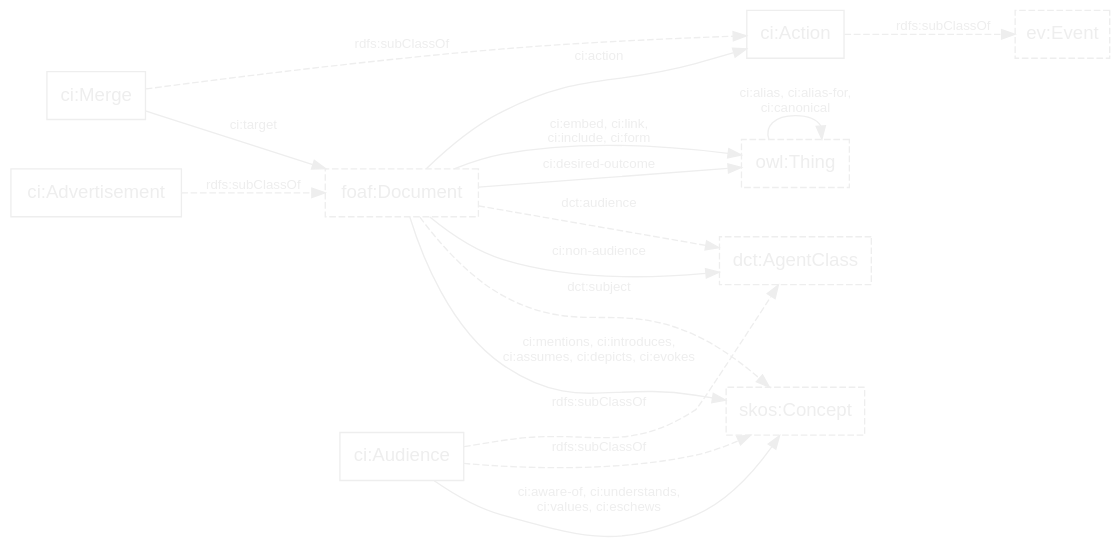
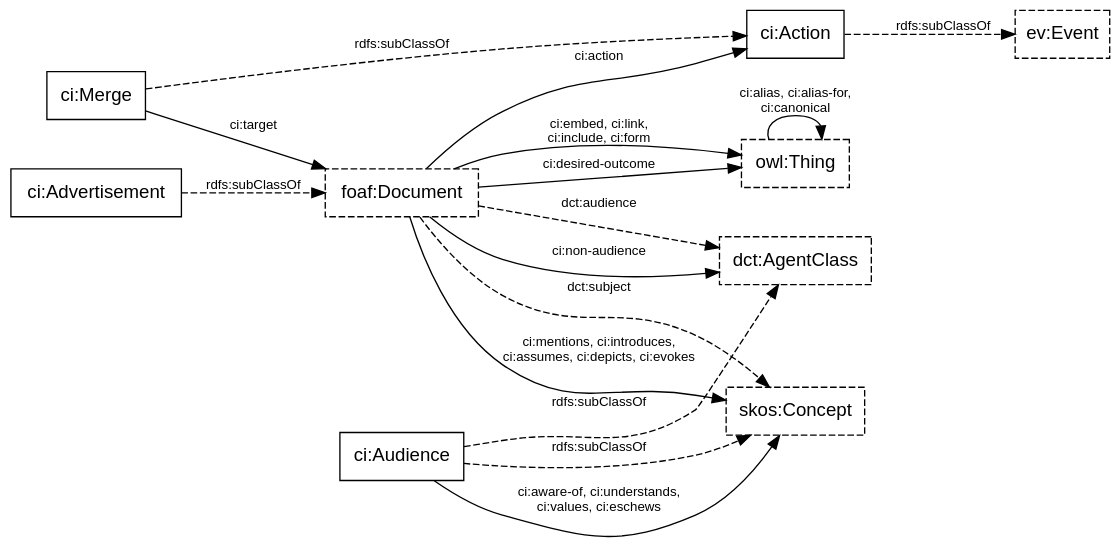
The diagram in content-inventory-classes.dot (doriantaylor/owl-content-inventory), drawn with Graphviz before and after one commit. The commit also changed 1 other file, not shown here.

```diff
--- a/content-inventory-classes.dot
+++ b/content-inventory-classes.dot
@@ -1,40 +1,40 @@
 digraph {
     graph [bgcolor=transparent,rankdir=LR];
-    node [shape=box,color="#eeeeee",fontcolor="#eeeeee",fontname="Lucida Grande, Lucida Sans Unicode, sans-serif",target="_top"];
-    edge [fontsize=10,concentrate=true,color="#eeeeee",fontcolor="#eeeeee",fontname="Lucida Grande, Lucida Sans Unicode, sans-serif"];
+    node [shape=box,color="#000000",fontcolor="#000000",fontname="Lucida Grande, Lucida Sans Unicode, sans-serif",target="_top"];
+    edge [fontsize=10,concentrate=true,color="#000000",fontcolor="#000000",fontname="Lucida Grande, Lucida Sans Unicode, sans-serif"];
     subgraph {
         node [style=dashed];
         owl_Thing [label="owl:Thing",href="https://www.w3.org/TR/2012/REC-owl2-syntax-20121211/#a_Thing"];
         ev_Event [label="ev:Event",href="http://motools.sourceforge.net/event/event.html#term_Event"];
         dct_AgentClass [label="dct:AgentClass",href="http://www.dublincore.org/specifications/dublin-core/dcmi-terms/#terms-AgentClass"];
         skos_Concept [label="skos:Concept",href="https://www.w3.org/TR/skos-reference/#concepts"];
         foaf_Document [label="foaf:Document",href="http://xmlns.com/foaf/spec/#term_Document"];
     }
 
     ci_Action [label="ci:Action",href="https://privatealpha.com/ontology/content-inventory/1#Action"];
     ci_Advertisement [label="ci:Advertisement",href="https://privatealpha.com/ontology/content-inventory/1#Advertisement"];
     ci_Audience [label="ci:Audience",href="https://privatealpha.com/ontology/content-inventory/1#Audience"];
     ci_Merge [label="ci:Merge",href="https://privatealpha.com/ontology/content-inventory/1#Merge"];
     ci_Merge -> foaf_Document [label="ci:target"];
     foaf_Document -> ci_Action [label="ci:action"];
 
     foaf_Document -> skos_Concept [label="ci:mentions, ci:introduces,\nci:assumes, ci:depicts, ci:evokes"];
     ci_Audience -> skos_Concept [label="ci:aware-of, ci:understands,\nci:values, ci:eschews"];
     foaf_Document -> dct_AgentClass [label="ci:non-audience"];
     foaf_Document -> owl_Thing [label="ci:desired-outcome"];
     foaf_Document -> owl_Thing [label="ci:embed, ci:link,\nci:include, ci:form"];
     owl_Thing -> owl_Thing [label="ci:alias, ci:alias-for,\nci:canonical"]
     
     subgraph {
         edge [style=dashed, label="rdfs:subClassOf"];
         ci_Merge -> ci_Action -> ev_Event;
         ci_Audience -> dct_AgentClass;
         ci_Audience -> skos_Concept;
         ci_Advertisement -> foaf_Document;
     }
     subgraph {
         edge [style=dashed];
         foaf_Document -> skos_Concept [label="dct:subject"];
         foaf_Document -> dct_AgentClass [label="dct:audience"];
     }
 }
```
